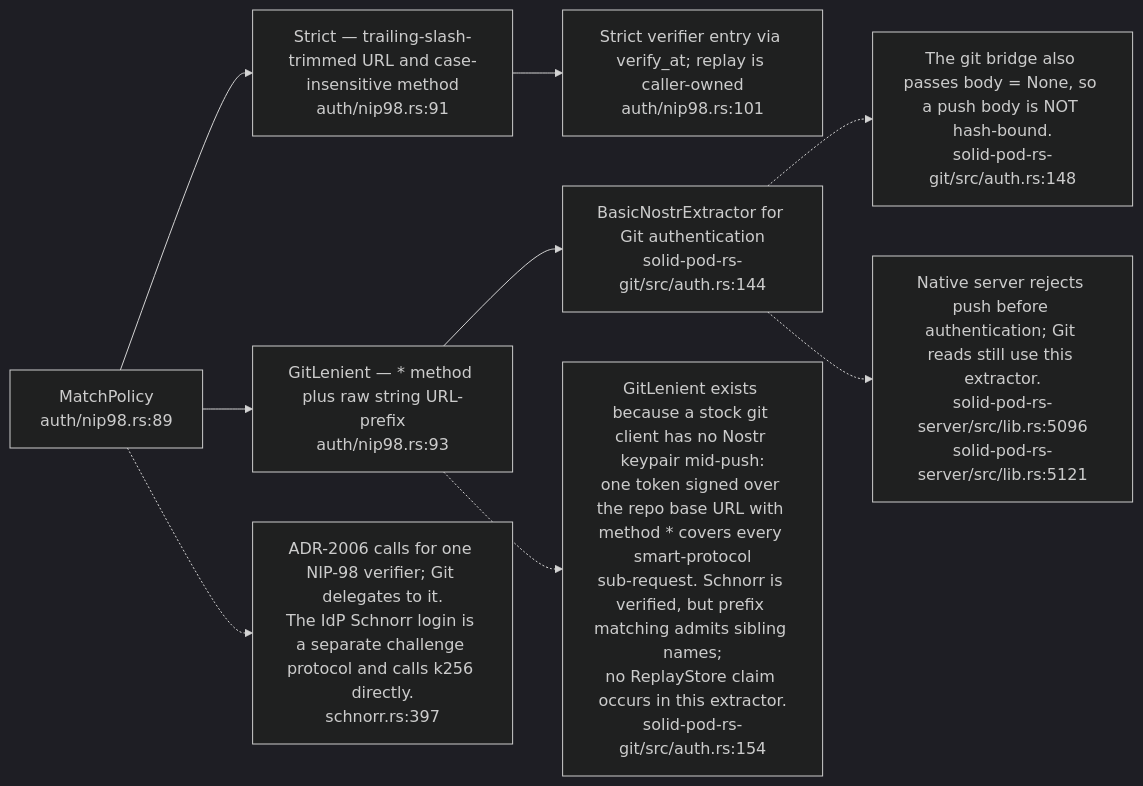
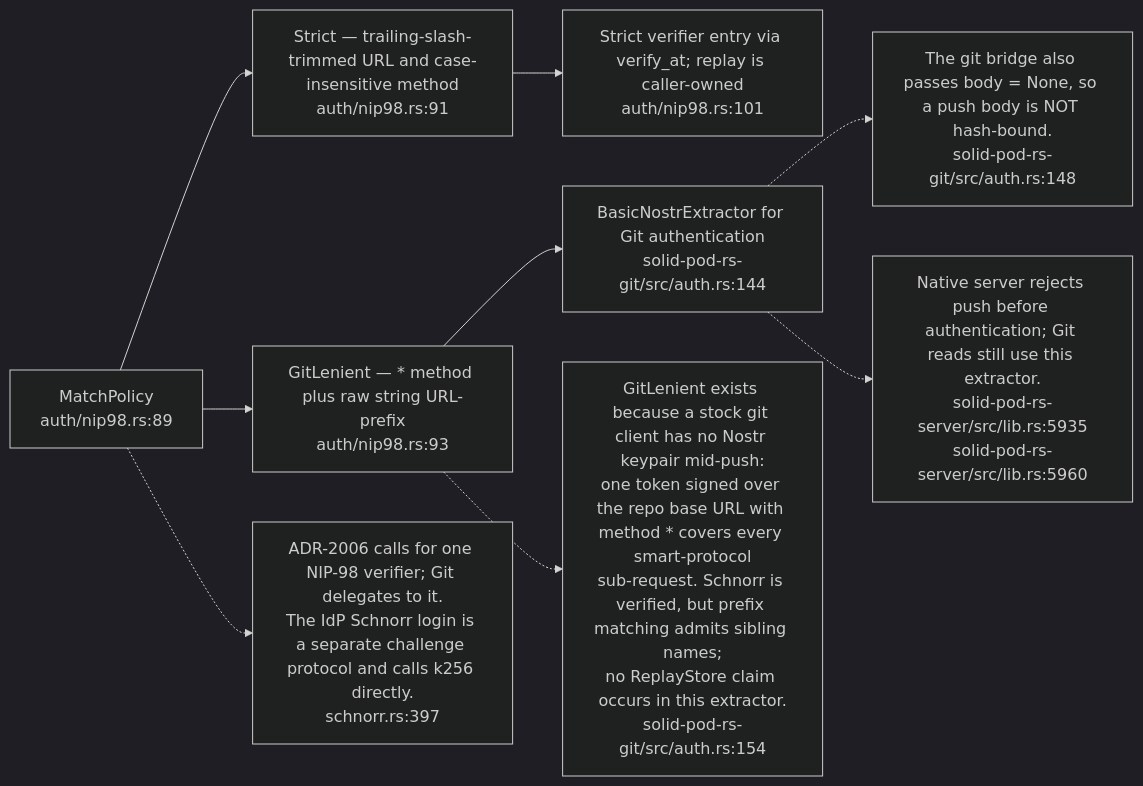
Before and after one commit to DreamLab-AI/VisionFlow: the third of 18 diagrams in docs/diagrams/solid-pod-rs/05-identity-nip98-did-oidc.md, drawn with Mermaid (dark theme). The commit also changed other lines of this file and 2 other files, not shown here.

First line of the commit message:
docs(diagrams): SP-05, SP-11, SP-12 re-verified at solid-pod-rs a28a748

````diff
--- a/docs/diagrams/solid-pod-rs/05-identity-nip98-did-oidc.md
+++ b/docs/diagrams/solid-pod-rs/05-identity-nip98-did-oidc.md
@@ -121,25 +122,25 @@
 ```mermaid
 flowchart LR
     MP["MatchPolicy<br/>auth/nip98.rs:89"]
     ST["Strict — trailing-slash-trimmed URL and case-insensitive method<br/>auth/nip98.rs:91"]
     GL["GitLenient — * method plus raw string URL-prefix<br/>auth/nip98.rs:93"]
     REST["Strict verifier entry via verify_at; replay is caller-owned<br/>auth/nip98.rs:101"]
     GIT["BasicNostrExtractor for Git authentication<br/>solid-pod-rs-git/src/auth.rs:144"]
 
     MP --> ST --> REST
     MP --> GL --> GIT
 
     N["GitLenient exists because a stock git client has no Nostr keypair mid-push:<br/>one token signed over the repo base URL with method * covers every smart-protocol<br/>sub-request. Schnorr is verified, but prefix matching admits sibling names;
 no ReplayStore claim occurs in this extractor.<br/>solid-pod-rs-git/src/auth.rs:154"]
     GL -.-> N
     N2["The git bridge also passes body = None, so a push body is NOT hash-bound.<br/>solid-pod-rs-git/src/auth.rs:148"]
     GIT -.-> N2
     N3["ADR-2006 calls for one NIP-98 verifier; Git delegates to it.
 The IdP Schnorr login is a separate challenge protocol and calls k256 directly.
 schnorr.rs:397"]
     MP -.-> N3
     N4["Native server rejects push before authentication; Git reads still use this extractor.
-solid-pod-rs-server/src/lib.rs:5096
-solid-pod-rs-server/src/lib.rs:5121"]
+solid-pod-rs-server/src/lib.rs:5935
+solid-pod-rs-server/src/lib.rs:5960"]
     GIT -.-> N4
 ```
````
